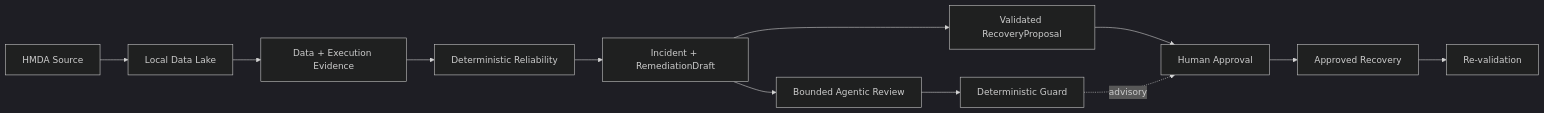
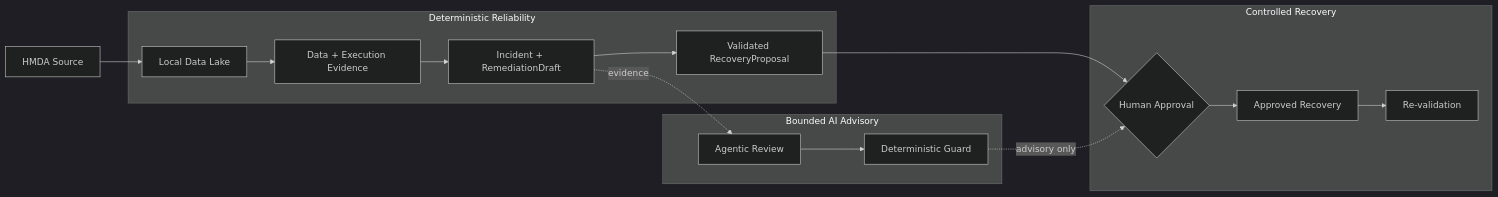
Before and after one commit to mols3131d/hmda-data-reliability: the diagram in README.md, drawn with Mermaid (dark theme).

Commit message:
docs: clarify README reliability diagram

````diff
--- a/README.md
+++ b/README.md
@@ -27,15 +27,23 @@
 ```mermaid
 flowchart LR
     source["HMDA Source"] --> lake["Local Data Lake"]
-    lake --> evidence["Data + Execution Evidence"]
-    evidence --> reliability["Deterministic Reliability"]
-    reliability --> incident["Incident + RemediationDraft"]
-    incident --> proposal["Validated RecoveryProposal"]
-    proposal --> approval["Human Approval"]
-    approval --> recovery["Approved Recovery"]
-    recovery --> verify["Re-validation"]
 
-    incident --> agent["Bounded Agentic Review"]
-    agent --> guard["Deterministic Guard"]
-    guard -. advisory .-> approval
+    subgraph reliability["Deterministic Reliability"]
+        lake --> evidence["Data + Execution Evidence"]
+        evidence --> incident["Incident + RemediationDraft"]
+        incident --> proposal["Validated RecoveryProposal"]
+    end
+
+    subgraph advisory["Bounded AI Advisory"]
+        incident -. evidence .-> agent["Agentic Review"]
+        agent --> guard["Deterministic Guard"]
+    end
+
+    subgraph recovery["Controlled Recovery"]
+        proposal --> approval{"Human Approval"}
+        approval --> action["Approved Recovery"]
+        action --> verify["Re-validation"]
+    end
+
+    guard -. advisory only .-> approval
 ```
````
